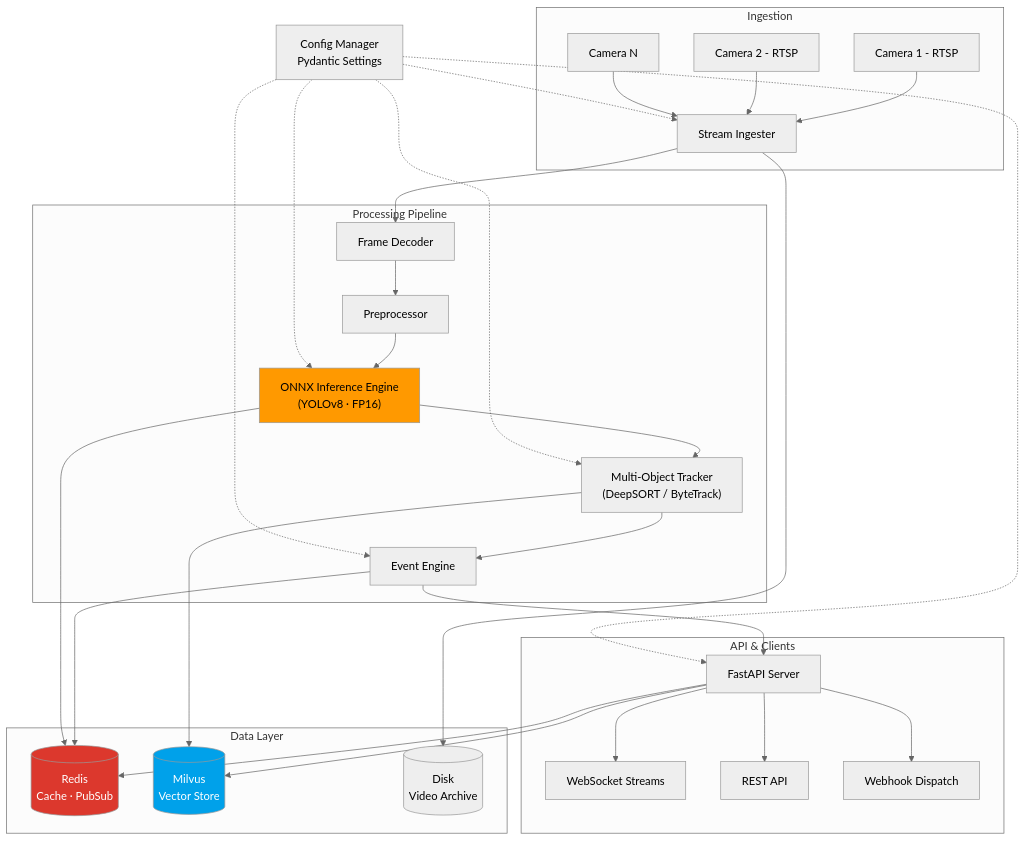
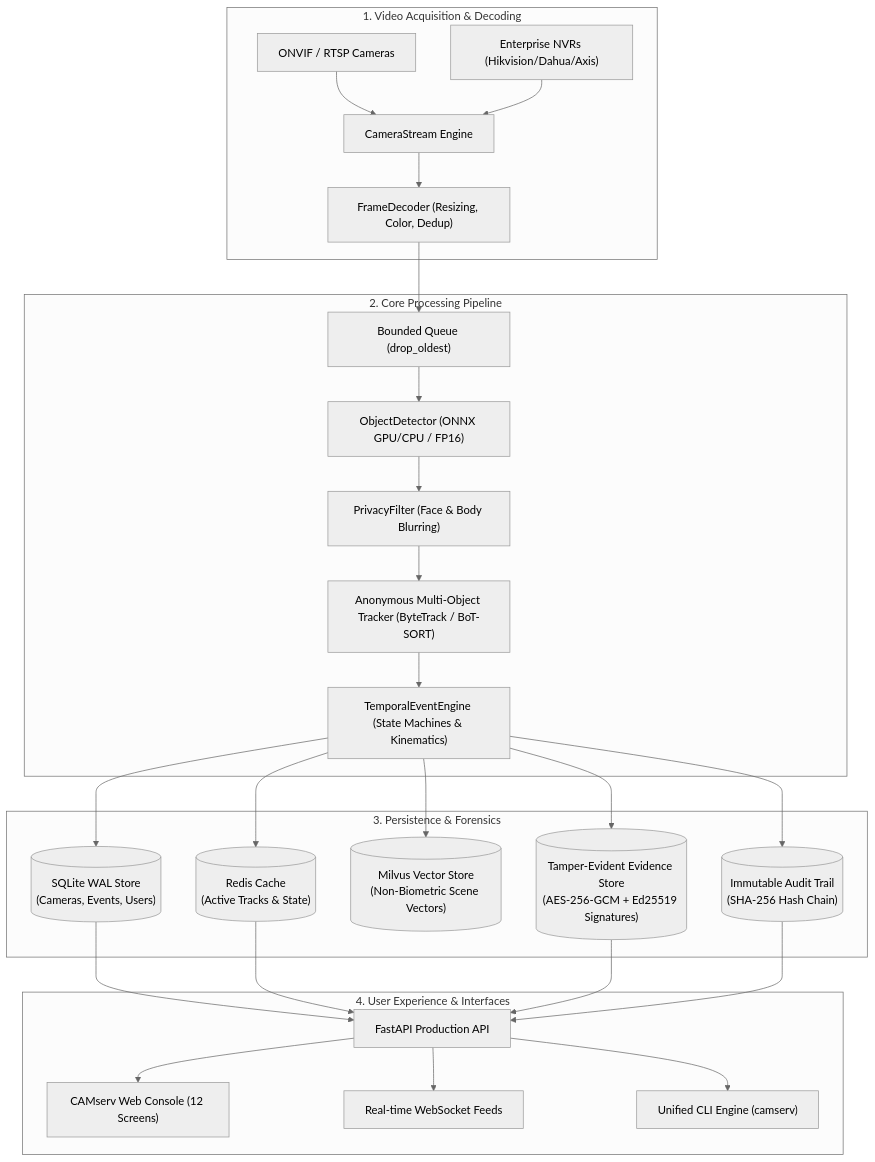
Before and after one commit to aboulouafaeit-sys/CAMserv.IT: the diagram in README.md, drawn with Mermaid (neutral theme). The commit also changed other lines of this file and 6 other files, not shown here.

````diff
--- a/README.md
+++ b/README.md
@@ -25,46 +56,34 @@
 ```mermaid
 graph TD
-    subgraph Ingestion
-        CAM1[Camera 1 - RTSP] --> INGEST[Stream Ingester]
-        CAM2[Camera 2 - RTSP] --> INGEST
-        CAMN[Camera N] --> INGEST
+    subgraph INGEST ["1. Video Acquisition & Decoding"]
+        CAM1["ONVIF / RTSP Cameras"] --> INGESTION["CameraStream Engine"]
+        NVR["Enterprise NVRs (Hikvision/Dahua/Axis)"] --> INGESTION
+        INGESTION --> DECODER["FrameDecoder (Resizing, Color, Dedup)"]
     end
 
-    subgraph "Processing Pipeline"
-        INGEST --> DECODE[Frame Decoder]
-        DECODE --> PREPROC[Preprocessor]
-        PREPROC --> DETECT["ONNX Inference Engine<br/>(YOLOv8 · FP16)"]
-        DETECT --> TRACK["Multi-Object Tracker<br/>(DeepSORT / ByteTrack)"]
-        TRACK --> EVENTS[Event Engine]
+    subgraph ENGINE ["2. Core Processing Pipeline"]
+        DECODER --> BACKPRESSURE["Bounded Queue (drop_oldest)"]
+        BACKPRESSURE --> DETECTOR["ObjectDetector (ONNX GPU/CPU / FP16)"]
+        DETECTOR --> PRIVACY["PrivacyFilter (Face & Body Blurring)"]
+        PRIVACY --> TRACKER["Anonymous Multi-Object Tracker (ByteTrack / BoT-SORT)"]
+        TRACKER --> EVENTS["TemporalEventEngine (State Machines & Kinematics)"]
     end
 
-    subgraph "Data Layer"
-        REDIS[(Redis<br/>Cache · PubSub)]
-        MILVUS[(Milvus<br/>Vector Store)]
-        DISK[(Disk<br/>Video Archive)]
+    subgraph STORAGE ["3. Persistence & Forensics"]
+        EVENTS --> SQLITE[("SQLite WAL Store<br/>(Cameras, Events, Users)")]
+        EVENTS --> REDIS[("Redis Cache<br/>(Active Tracks & State)")]
+        EVENTS --> MILVUS[("Milvus Vector Store<br/>(Non-Biometric Scene Vectors)")]
+        EVENTS --> EVIDENCE[("Tamper-Evident Evidence Store<br/>(AES-256-GCM + Ed25519 Signatures)")]
+        EVENTS --> AUDIT[("Immutable Audit Trail<br/>(SHA-256 Hash Chain)")]
     end
 
-    subgraph "API & Clients"
-        EVENTS --> API[FastAPI Server]
-        API --> WS[WebSocket Streams]
-        API --> REST[REST API]
-        API --> WEBHOOK[Webhook Dispatch]
+    subgraph PRESENTATION ["4. User Experience & Interfaces"]
+        SQLITE --> FASTAPI["FastAPI Production API"]
+        REDIS --> FASTAPI
+        EVIDENCE --> FASTAPI
+        AUDIT --> FASTAPI
+        FASTAPI --> CONSOLE["CAMserv Web Console (12 Screens)"]
+        FASTAPI --> WS["Real-time WebSocket Feeds"]
+        FASTAPI --> CLI["Unified CLI Engine (camserv)"]
     end
-
-    TRACK --> MILVUS
-    EVENTS --> REDIS
-    DETECT --> REDIS
-    API --> REDIS
-    API --> MILVUS
-    INGEST --> DISK
-
-    CONFIG[Config Manager<br/>Pydantic Settings] -.-> INGEST
-    CONFIG -.-> DETECT
-    CONFIG -.-> TRACK
-    CONFIG -.-> EVENTS
-    CONFIG -.-> API
-
-    style DETECT fill:#ff9900,color:#000
-    style REDIS fill:#dc382d,color:#fff
-    style MILVUS fill:#00a1ea,color:#fff
 ```
````
